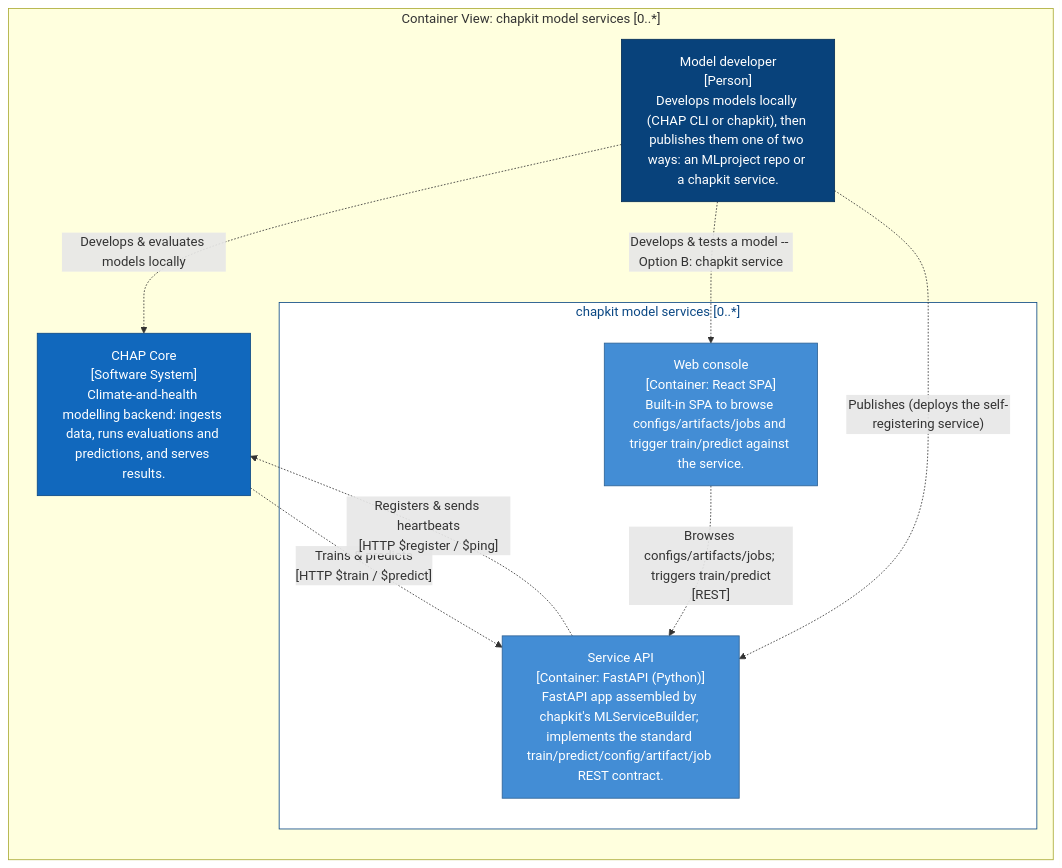
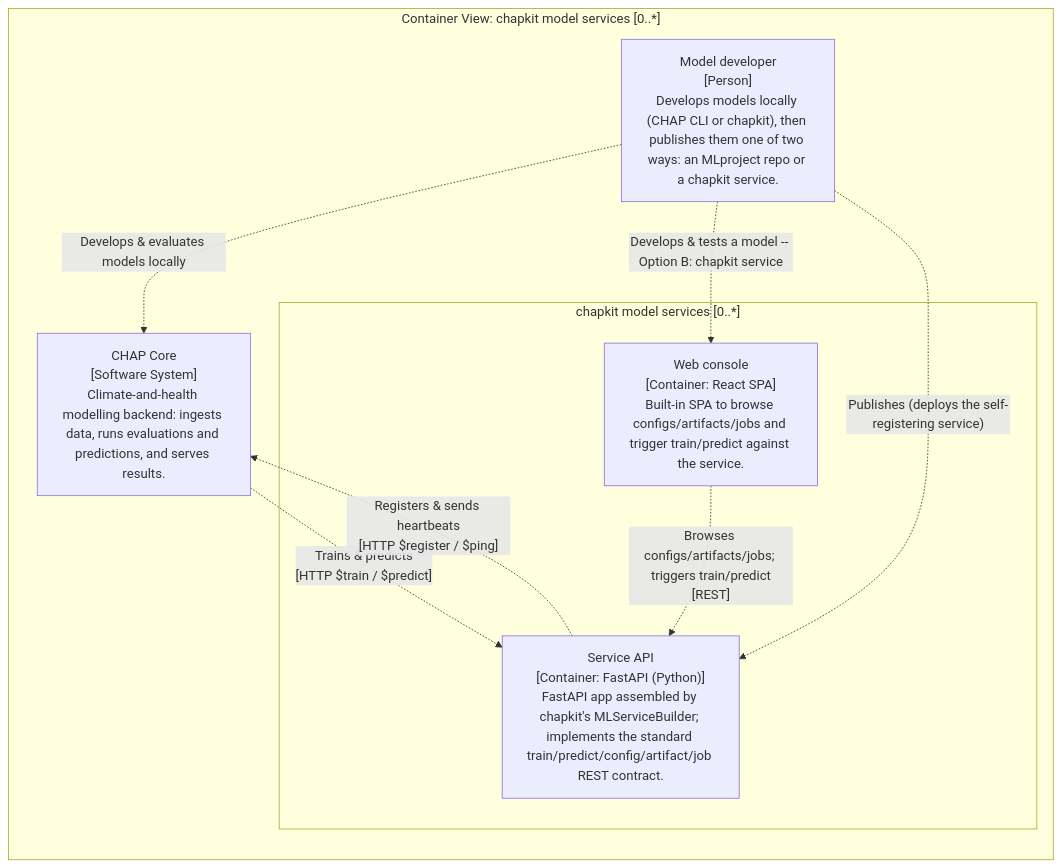
Before and after one commit to dhis2-chap/chap-core: the third of 9 diagrams in docs/contributor/architecture_model.md, drawn with Mermaid. The commit also changed other lines of this file and 1 other file, not shown here.

Commit message:
docs(architecture): drop hard-coded C4 colours so model diagrams follow the docs theme

````diff
--- a/docs/contributor/architecture_model.md
+++ b/docs/contributor/architecture_model.md
@@ -98,28 +81,23 @@
 ```mermaid
 graph LR
 
   subgraph diagram ["Container View: chapkit model services [0..*]"]
 
     2["Model developer<br/>[Person]<br/>Develops models locally (CHAP CLI or chapkit), then publishes them one of two ways: an MLproject repo or a chapkit service."]
-    style 2 fill:#08427b,stroke:#052e56,color:#ffffff
     6["CHAP Core<br/>[Software System]<br/>Climate-and-health modelling backend: ingests data, runs evaluations and predictions, and serves results."]
-    style 6 fill:#1168bd,stroke:#0b4884,color:#ffffff
 
     subgraph 19 ["chapkit model services [0..*]"]
-      style 19 fill:#ffffff,stroke:#0b4884,color:#0b4884
 
       20["Service API<br/>[Container: FastAPI (Python)]<br/>FastAPI app assembled by chapkit's MLServiceBuilder; implements the standard train/predict/config/artifact/job REST contract."]
-      style 20 fill:#438dd5,stroke:#2e6295,color:#ffffff
       30["Web console<br/>[Container: React SPA]<br/>Built-in SPA to browse configs/artifacts/jobs and trigger train/predict against the service."]
-      style 30 fill:#438dd5,stroke:#2e6295,color:#ffffff
     end
 
     2-. "Develops & evaluates models locally" .->6
     2-. "Develops & tests a model -- Option B: chapkit service" .->30
     2-. "Publishes (deploys the self-registering service)" .->20
     6-. "Trains & predicts<br/>[HTTP $train / $predict]" .->20
     20-. "Registers & sends heartbeats<br/>[HTTP $register / $ping]" .->6
     30-. "Browses configs/artifacts/jobs; triggers train/predict<br/>[REST]" .->20
 
   end
 ```
````
